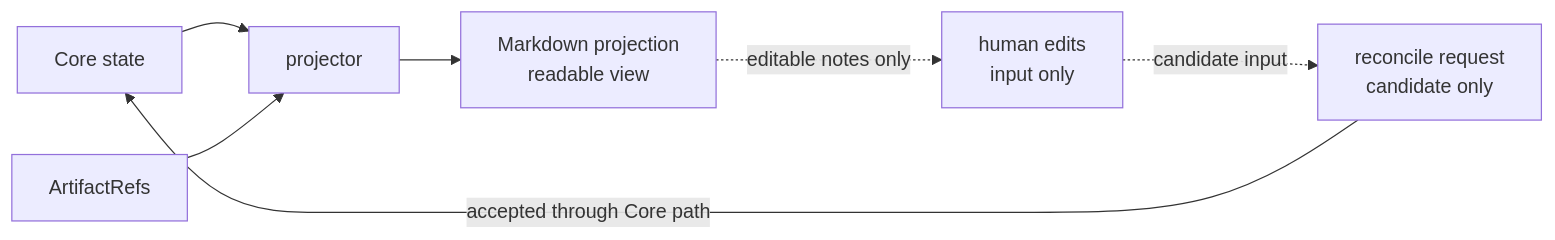
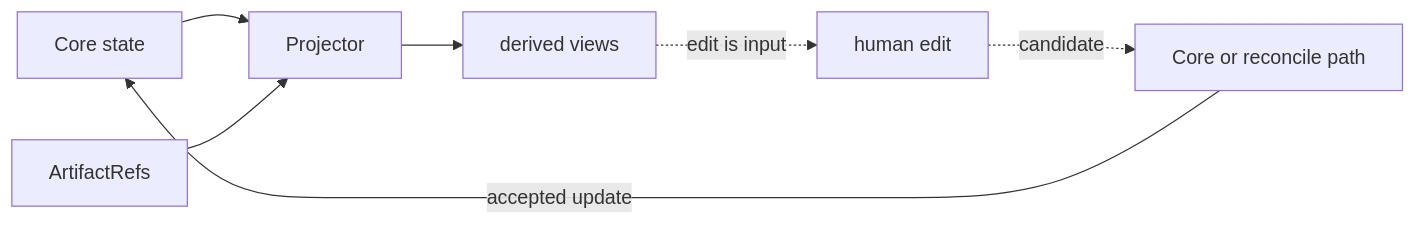
The diagram in docs/en/reference/document-projection.md (minjungw00/Harness_Project), drawn with Mermaid before and after one commit. The commit also changed 20 other files, not shown here.

Commit message:
docs: refresh diagrams for staged authority model

````diff
--- a/docs/en/reference/document-projection.md
+++ b/docs/en/reference/document-projection.md
@@ -74,16 +74,16 @@
 ```mermaid
 flowchart LR
   Core["Core state"]
   ArtifactRefs["ArtifactRefs"]
-  Projector["projector"]
-  Markdown["Markdown projection<br/>readable view"]
-  Human["human edits<br/>input only"]
-  Reconcile["reconcile request<br/>candidate only"]
+  Projector["Projector"]
+  Views["derived views"]
+  Human["human edit"]
+  Reconcile["Core or reconcile path"]
 
   Core --> Projector
   ArtifactRefs --> Projector
-  Projector --> Markdown
-  Markdown -. editable notes only .-> Human
-  Human -. candidate input .-> Reconcile
-  Reconcile -->|accepted through Core path| Core
+  Projector --> Views
+  Views -. edit is input .-> Human
+  Human -. candidate .-> Reconcile
+  Reconcile -->|accepted update| Core
 ```
````
